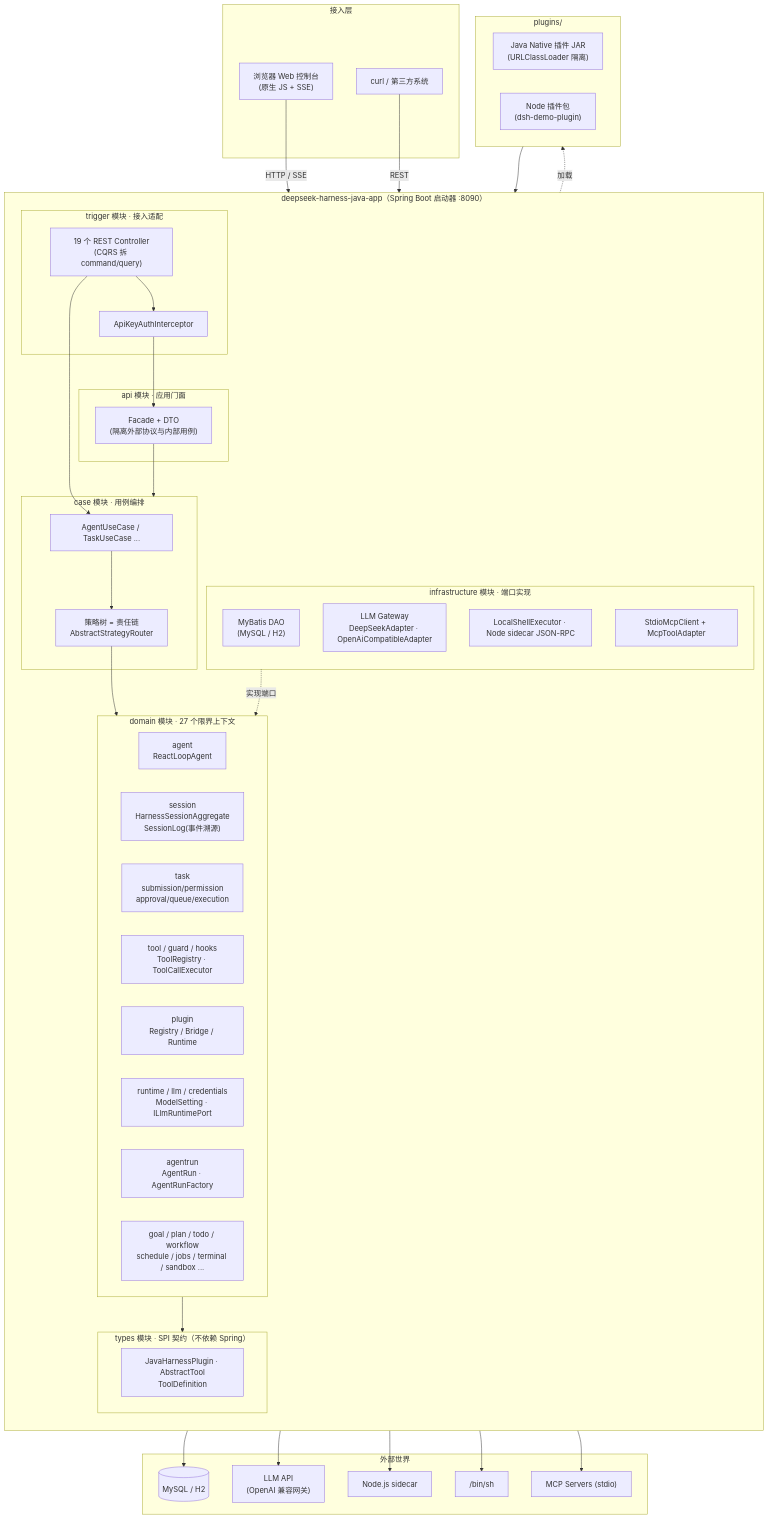
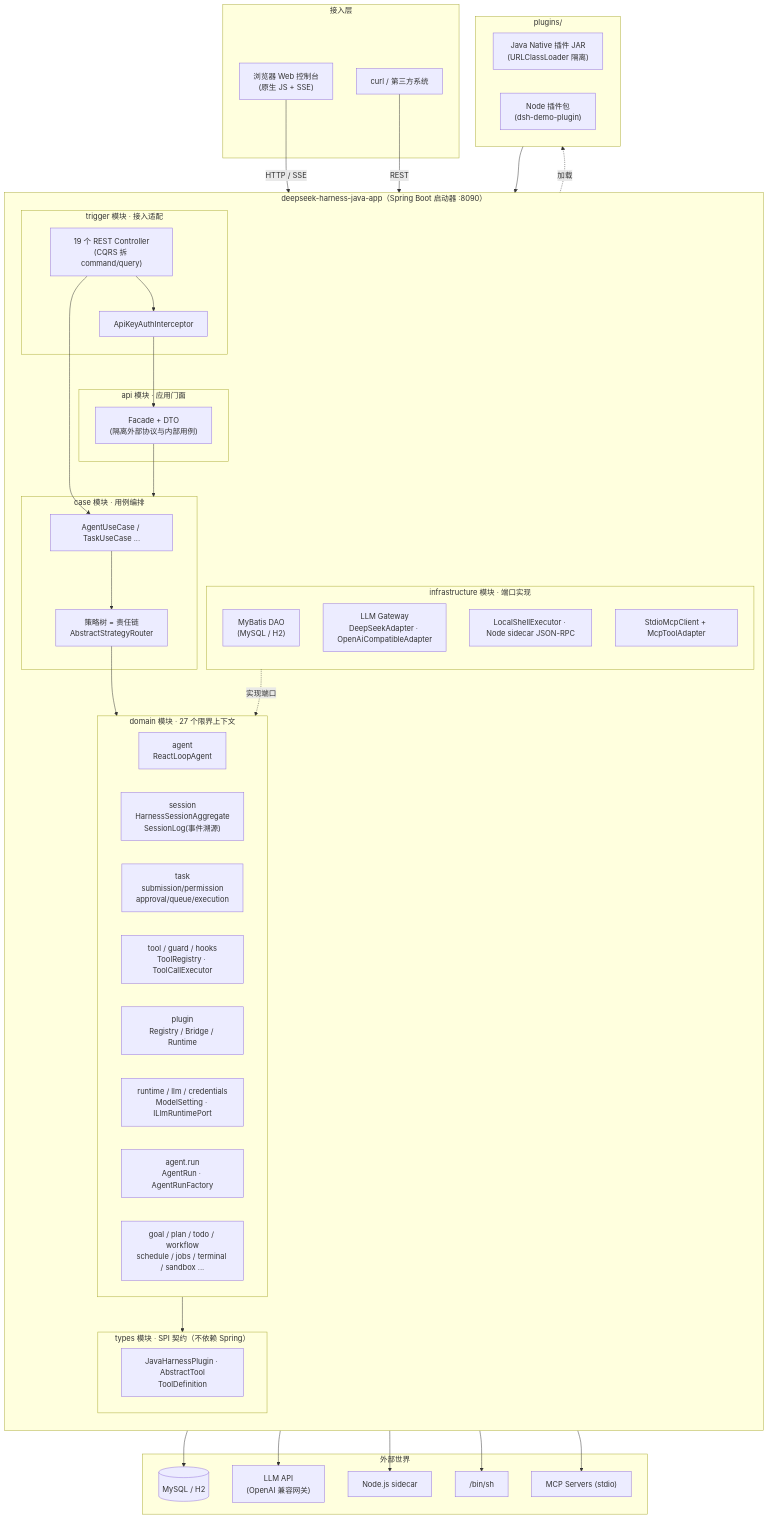
Before and after one commit to Jaffrey29/XfgHarness: the first of 3 diagrams in README.md, drawn with Mermaid. The commit also changed other lines of this file and 76 other files, not shown here.

````diff
--- a/README.md
+++ b/README.md
@@ -226,77 +226,77 @@
 ```mermaid
 flowchart TB
     subgraph Clients["接入层"]
         Browser["浏览器 Web 控制台<br/>(原生 JS + SSE)"]
         Curl["curl / 第三方系统"]
     end
 
     subgraph Host["deepseek-harness-java-app（Spring Boot 启动器 :8090）"]
         direction TB
 
         subgraph Trigger["trigger 模块 · 接入适配"]
             Controllers["19 个 REST Controller<br/>(CQRS 拆 command/query)"]
             Auth["ApiKeyAuthInterceptor"]
         end
 
         subgraph API["api 模块 · 应用门面"]
             Facade["Facade + DTO<br/>(隔离外部协议与内部用例)"]
         end
 
         subgraph Case["case 模块 · 用例编排"]
             UseCase["AgentUseCase / TaskUseCase ..."]
             Strategy["策略树 = 责任链<br/>AbstractStrategyRouter"]
         end
 
         subgraph Domain["domain 模块 · 27 个限界上下文"]
             direction LR
             AgentCore["agent<br/>ReactLoopAgent"]
             SessionD["session<br/>HarnessSessionAggregate<br/>SessionLog(事件溯源)"]
             TaskD["task<br/>submission/permission<br/>approval/queue/execution"]
             ToolD["tool / guard / hooks<br/>ToolRegistry · ToolCallExecutor"]
             PluginD["plugin<br/>Registry / Bridge / Runtime"]
             RuntimeD["runtime / llm / credentials<br/>ModelSetting · ILlmRuntimePort"]
-            AgentRunD["agentrun<br/>AgentRun · AgentRunFactory"]
+            AgentRunD["agent.run<br/>AgentRun · AgentRunFactory"]
             OtherD["goal / plan / todo / workflow<br/>schedule / jobs / terminal / sandbox ..."]
         end
 
         subgraph Types["types 模块 · SPI 契约（不依赖 Spring）"]
             SPI["JavaHarnessPlugin · AbstractTool<br/>ToolDefinition"]
         end
 
         subgraph Infra["infrastructure 模块 · 端口实现"]
             DAO["MyBatis DAO<br/>(MySQL / H2)"]
             LLMGW["LLM Gateway<br/>DeepSeekAdapter · OpenAiCompatibleAdapter"]
             ExecGW["LocalShellExecutor · Node sidecar JSON-RPC"]
             MCP["StdioMcpClient + McpToolAdapter"]
         end
     end
 
     subgraph External["外部世界"]
         DB[("MySQL / H2")]
         LLM["LLM API<br/>(OpenAI 兼容网关)"]
         Node["Node.js sidecar"]
         Shell["/bin/sh"]
         McpSvr["MCP Servers (stdio)"]
     end
 
     subgraph Plugins["plugins/"]
         JavaJar["Java Native 插件 JAR<br/>(URLClassLoader 隔离)"]
         NodePlugin["Node 插件包<br/>(dsh-demo-plugin)"]
     end
 
     Browser -- "HTTP / SSE" --> Controllers
     Curl -- "REST" --> Controllers
     Controllers --> Auth --> Facade
     Controllers --> UseCase
     UseCase --> Strategy --> Domain
     Facade --> Case
     Infra -.实现端口.-> Domain
     Domain --> Types
     Plugins --> Types
     DAO --> DB
     LLMGW --> LLM
     ExecGW --> Node
     ExecGW --> Shell
     MCP --> McpSvr
     PluginD -.加载.-> Plugins
 ```
````
